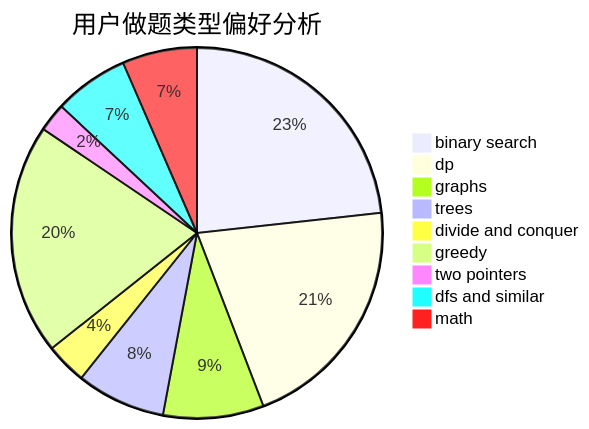
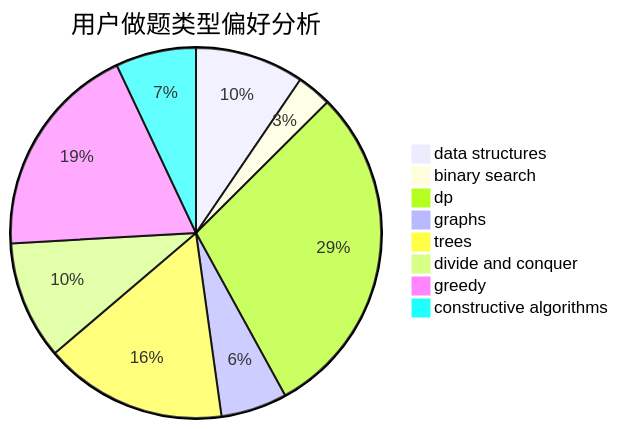
One commit to sherpahu/cfrs.github.io changed the second of 3 diagrams in docs/user/u2068.md. Above: the diagram before and after it, drawn with Mermaid. The commit also changed other lines of this file and 2775 other files, not shown here.

````diff
--- a/docs/user/u2068.md
+++ b/docs/user/u2068.md
@@ -23,12 +23,11 @@
 ```mermaid
 pie title 用户做题类型偏好分析
-    "binary search" :  485
-    "dp" :  436
-    "graphs" :  183
-    "trees" :  162
+    "data structures" :  69
+    "binary search" :  22
+    "dp" :  214
+    "graphs" :  42
+    "trees" :  116
     "divide and conquer" :  75
-    "greedy" :  420
-    "two pointers" :  52
-    "dfs and similar" :  136
-    "math" :  136
+    "greedy" :  137
+    "constructive algorithms" :  51
 ```
````
